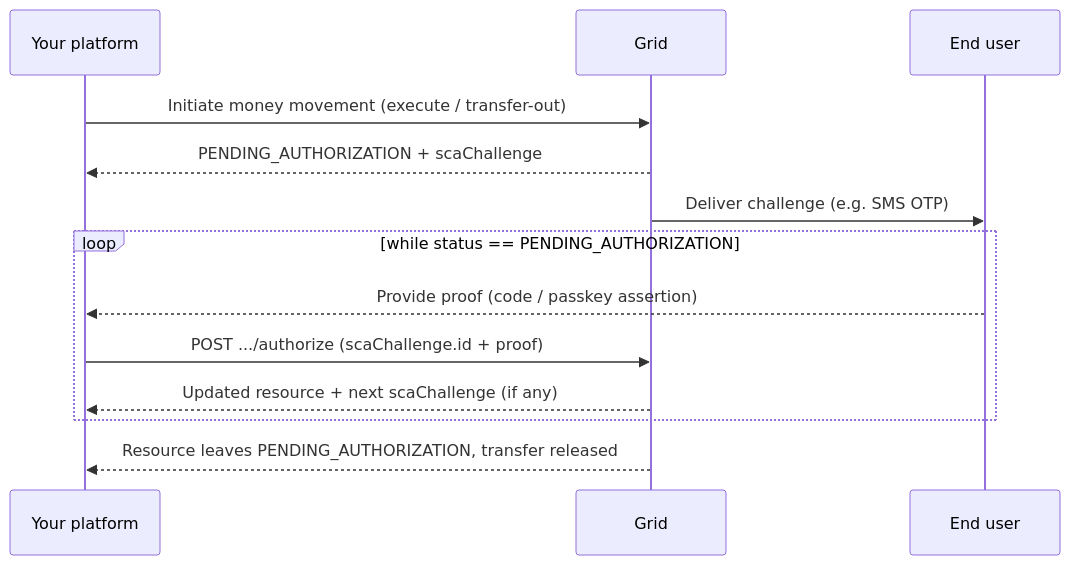
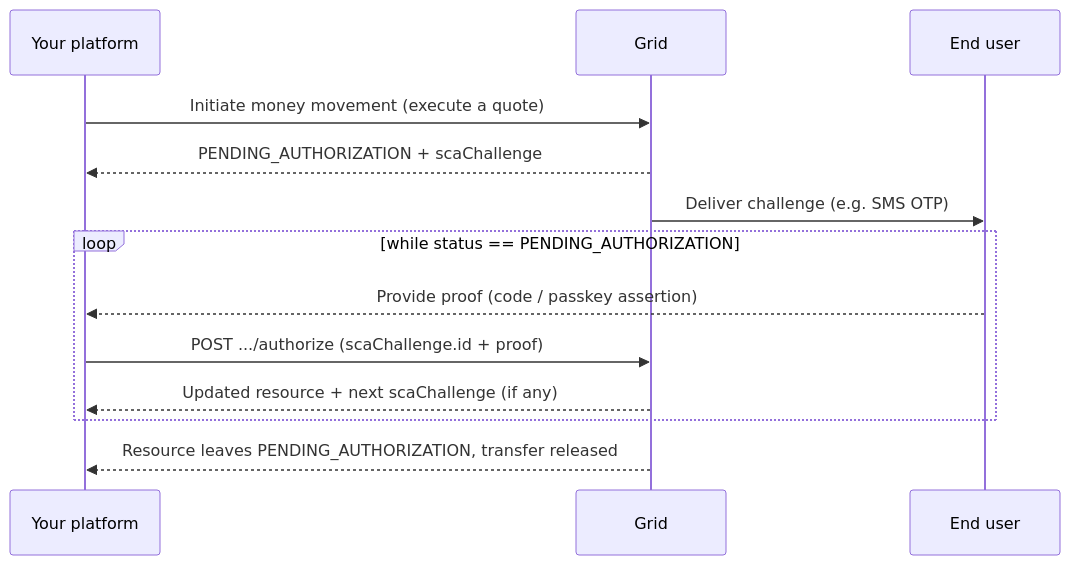
Before and after one commit to lightsparkdev/grid-api: the diagram in mintlify/platform-overview/sca/overview.mdx, drawn with Mermaid. The commit also changed 1 other file, not shown here.

Commit message:
docs(sca): align transfer-out guidance with the spec revert
The transfer-out SCA/deprecation language was removed from the endpoint spec in
#600, so drop the "being deprecated" claim from the per-transaction guide and
stop showing transfer-out as an SCA-challenge-producing path in the overview
sequence diagram. transfer-out has no associated quote and offers no SCA-gated
EU debits; the guide points EU callers to the quote + execute flow.

Claude-Session: https://claude.ai/code/session_01VZsLXjVaJZbjjjoswBmhMu

````diff
--- a/mintlify/platform-overview/sca/overview.mdx
+++ b/mintlify/platform-overview/sca/overview.mdx
@@ -85,16 +85,16 @@
 ```mermaid
 sequenceDiagram
   participant P as Your platform
   participant G as Grid
   participant U as End user
 
-  P->>G: Initiate money movement (execute / transfer-out)
+  P->>G: Initiate money movement (execute a quote)
   G-->>P: PENDING_AUTHORIZATION + scaChallenge
   G->>U: Deliver challenge (e.g. SMS OTP)
   loop while status == PENDING_AUTHORIZATION
     U-->>P: Provide proof (code / passkey assertion)
     P->>G: POST .../authorize (scaChallenge.id + proof)
     G-->>P: Updated resource + next scaChallenge (if any)
   end
   G-->>P: Resource leaves PENDING_AUTHORIZATION, transfer released
 ```
````
